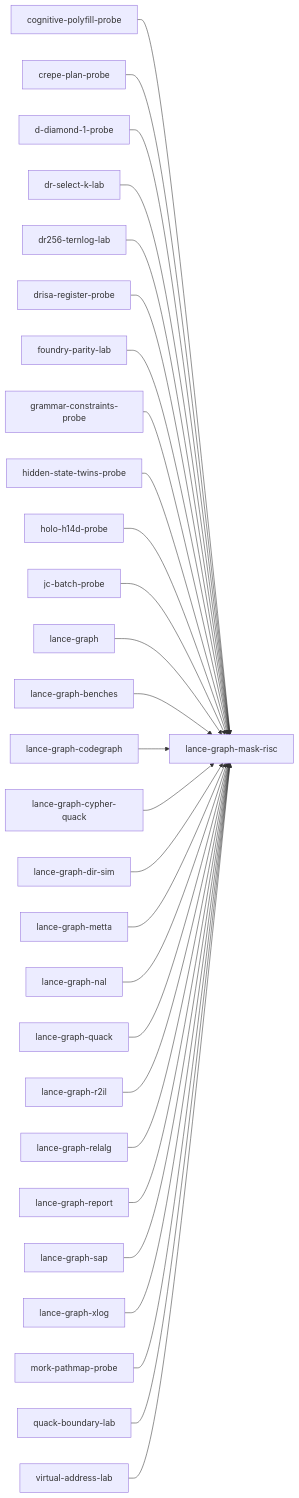
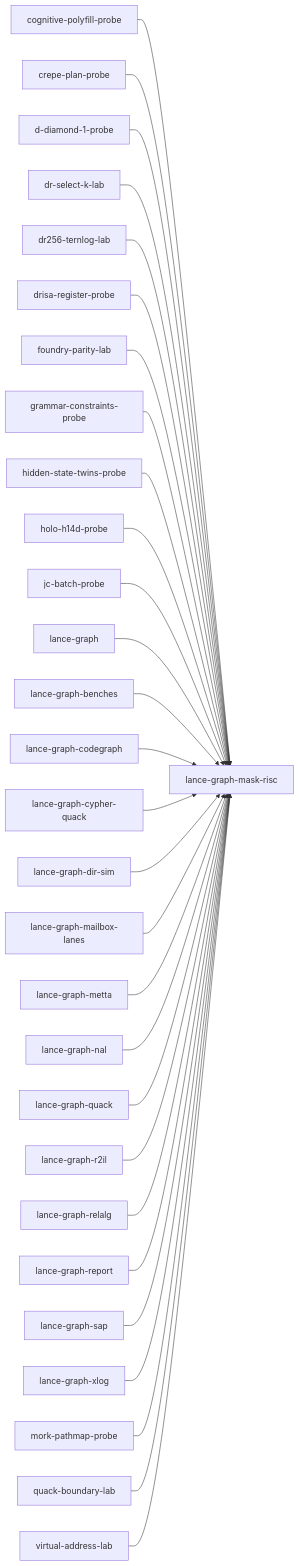
Before and after one commit to AdaWorldAPI/lance-graph: the diagram in .codegraph/crates/lance-graph-mask-risc.index.md, drawn with Mermaid. The commit also changed other lines of this file and 102 other files, not shown here.

````diff
--- a/.codegraph/crates/lance-graph-mask-risc.index.md
+++ b/.codegraph/crates/lance-graph-mask-risc.index.md
@@ -189,58 +190,60 @@
 ```mermaid
 flowchart LR
   n6["cognitive-polyfill-probe"]
   n9["crepe-plan-probe"]
   n10["d-diamond-1-probe"]
   n14["dr-select-k-lab"]
   n15["dr256-ternlog-lab"]
   n17["drisa-register-probe"]
   n23["foundry-parity-lab"]
   n25["grammar-constraints-probe"]
   n27["hidden-state-twins-probe"]
   n29["holo-h14d-probe"]
   n33["jc-batch-probe"]
   n34["lance-graph"]
   n38["lance-graph-benches"]
   n42["lance-graph-codegraph"]
   n46["lance-graph-cypher-quack"]
   n47["lance-graph-dir-sim"]
-  n53["lance-graph-mask-risc"]
-  n54["lance-graph-metta"]
-  n55["lance-graph-nal"]
-  n63["lance-graph-quack"]
-  n64["lance-graph-r2il"]
-  n66["lance-graph-relalg"]
-  n67["lance-graph-report"]
-  n69["lance-graph-sap"]
-  n72["lance-graph-xlog"]
-  n74["mork-pathmap-probe"]
-  n81["quack-boundary-lab"]
-  n97["virtual-address-lab"]
-  n6 --> n53
-  n9 --> n53
-  n10 --> n53
-  n14 --> n53
-  n15 --> n53
-  n17 --> n53
-  n23 --> n53
-  n25 --> n53
-  n27 --> n53
-  n29 --> n53
-  n33 --> n53
-  n34 --> n53
-  n38 --> n53
-  n42 --> n53
-  n46 --> n53
-  n47 --> n53
-  n54 --> n53
-  n55 --> n53
-  n63 --> n53
-  n64 --> n53
-  n66 --> n53
-  n67 --> n53
-  n69 --> n53
-  n72 --> n53
-  n74 --> n53
-  n81 --> n53
-  n97 --> n53
+  n53["lance-graph-mailbox-lanes"]
+  n54["lance-graph-mask-risc"]
+  n55["lance-graph-metta"]
+  n56["lance-graph-nal"]
+  n64["lance-graph-quack"]
+  n65["lance-graph-r2il"]
+  n67["lance-graph-relalg"]
+  n68["lance-graph-report"]
+  n70["lance-graph-sap"]
+  n73["lance-graph-xlog"]
+  n75["mork-pathmap-probe"]
+  n82["quack-boundary-lab"]
+  n98["virtual-address-lab"]
+  n6 --> n54
+  n9 --> n54
+  n10 --> n54
+  n14 --> n54
+  n15 --> n54
+  n17 --> n54
+  n23 --> n54
+  n25 --> n54
+  n27 --> n54
+  n29 --> n54
+  n33 --> n54
+  n34 --> n54
+  n38 --> n54
+  n42 --> n54
+  n46 --> n54
+  n47 --> n54
+  n53 --> n54
+  n55 --> n54
+  n56 --> n54
+  n64 --> n54
+  n65 --> n54
+  n67 --> n54
+  n68 --> n54
+  n70 --> n54
+  n73 --> n54
+  n75 --> n54
+  n82 --> n54
+  n98 --> n54
 ```
````
